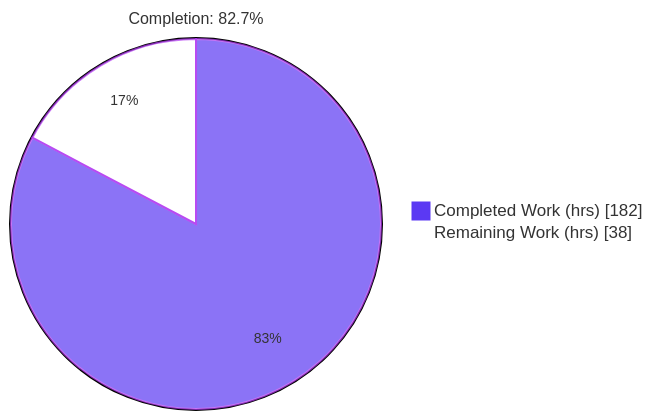
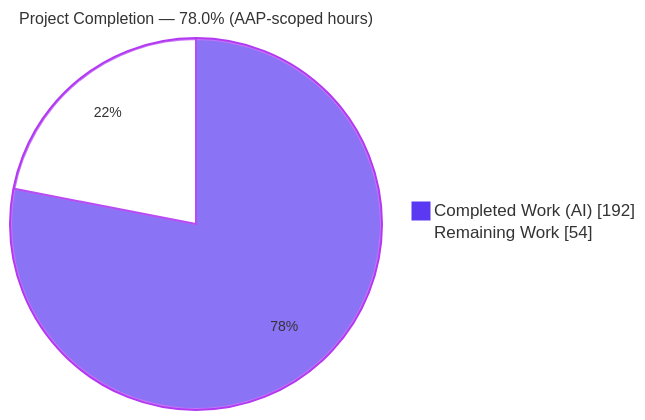
The first of 3 diagrams in blitzy/documentation/Project Guide.md (Blitzy-Sandbox/blitzy-ArkCase), drawn with Mermaid before and after one commit. The commit also changed other lines of this file, not shown here.

Commit message:
Adding Blitzy Project Guide: Project Status and Human Tasks Remaining

````diff
--- a/blitzy/documentation/Project Guide.md
+++ b/blitzy/documentation/Project Guide.md
@@ -19,6 +15,7 @@
 ```mermaid
-%%{init: {'theme':'base', 'themeVariables': {'pie1':'#5B39F3','pie2':'#FFFFFF','pieStrokeColor':'#B23AF2','pieStrokeWidth':'2px','pieOuterStrokeWidth':'2px','pieTitleTextSize':'16px','pieSectionTextSize':'14px'}}}%%
-pie showData title Completion: 82.7%
-    "Completed Work (hrs)" : 182
-    "Remaining Work (hrs)" : 38
+%%{init: {'theme':'base', 'themeVariables': {'pie1':'#5B39F3','pie2':'#FFFFFF','pieStrokeColor':'#B23AF2','pieStrokeWidth':'2px','pieOuterStrokeColor':'#B23AF2','pieTitleTextSize':'16px','pieSectionTextSize':'14px'}}}%%
+pie showData
+    title Project Completion — 78.0% (AAP-scoped hours)
+    "Completed Work (AI)" : 192
+    "Remaining Work" : 54
 ```
````
